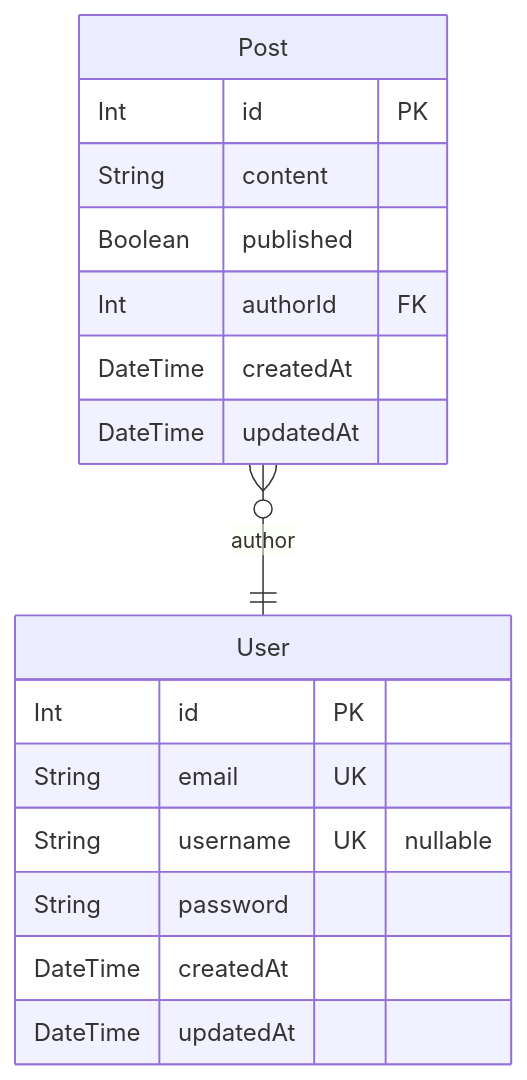
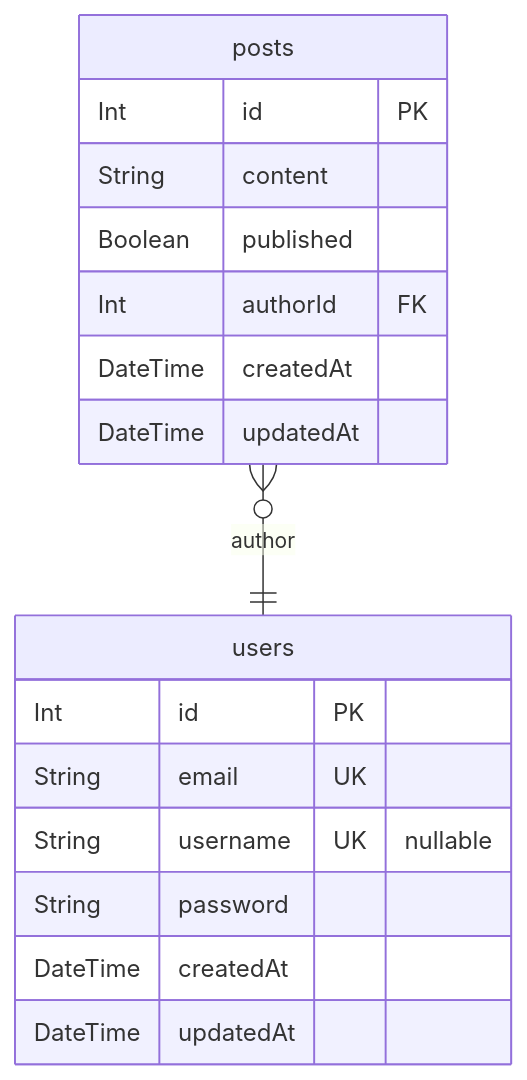
One commit to Phastboy/nest-auth changed the diagram in prisma/ERD.md. Above: the diagram before and after it, drawn with Mermaid. The commit also changed other lines of this file and 19 other files, not shown here.

````diff
--- a/prisma/ERD.md
+++ b/prisma/ERD.md
@@ -7,20 +7,20 @@
 ```mermaid
 erDiagram
-"User" {
+"users" {
   Int id PK
   String email UK
   String username UK "nullable"
   String password
   DateTime createdAt
   DateTime updatedAt
 }
-"Post" {
+"posts" {
   Int id PK
   String content
   Boolean published
   Int authorId FK
   DateTime createdAt
   DateTime updatedAt
 }
-"Post" }o--|| "User" : author
+"posts" }o--|| "users" : author
 ```
````
